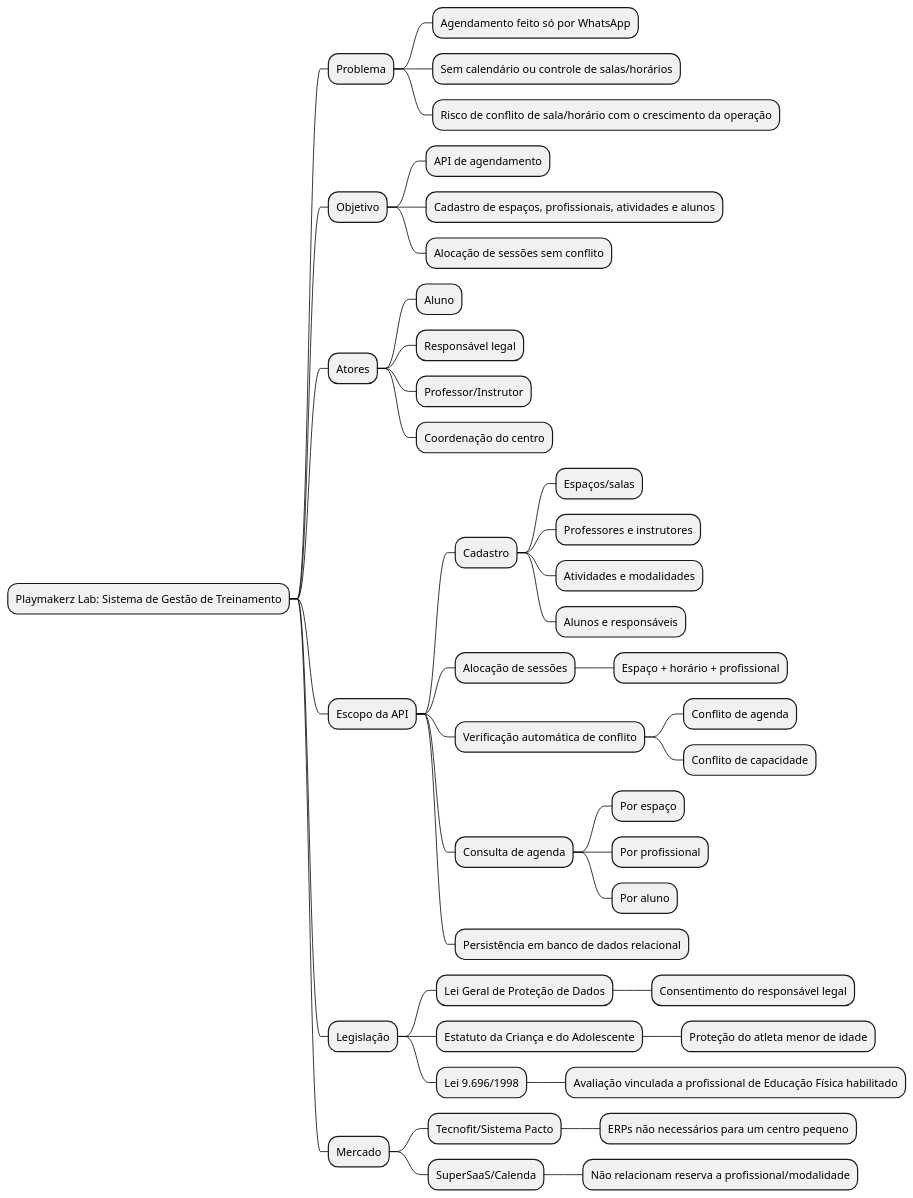
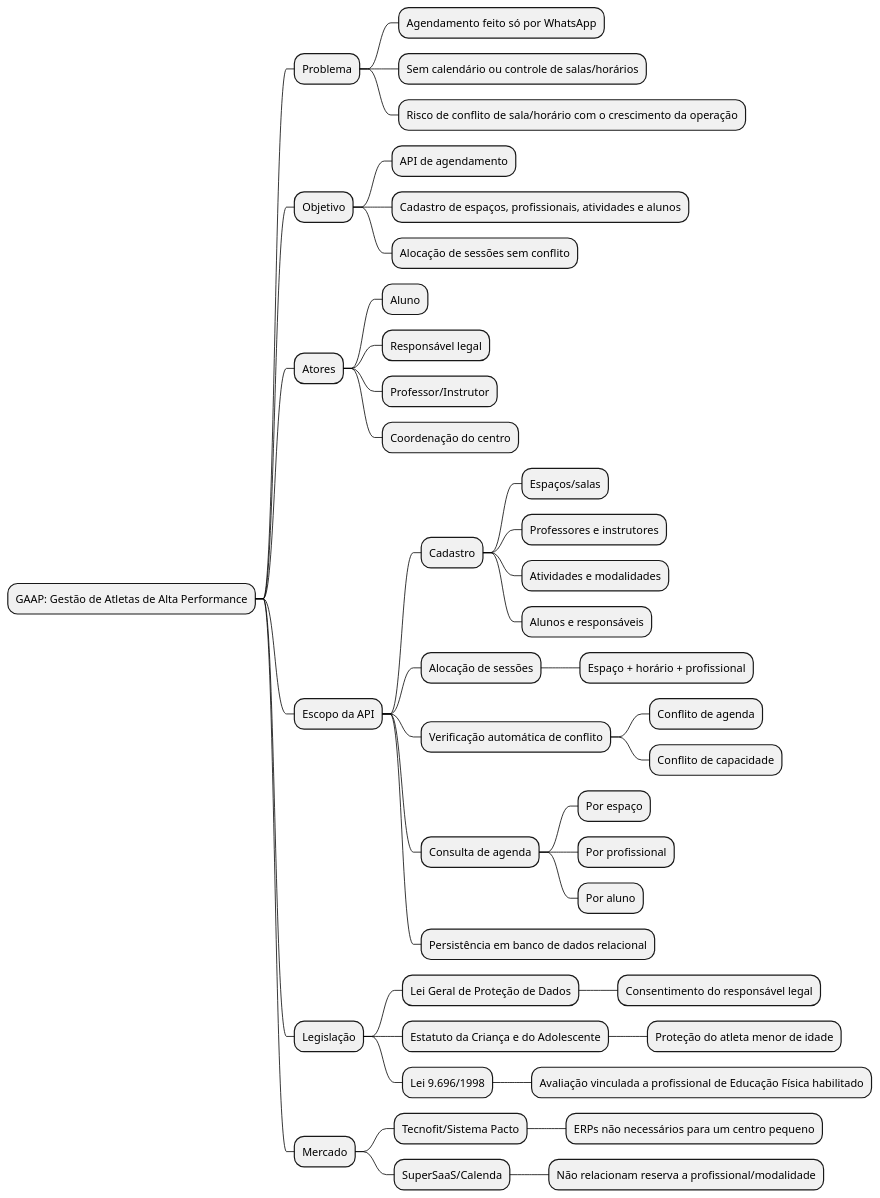
Before and after one commit to Projetos-de-Extensao/PECDII_26.2_8001_I: the first of 2 diagrams in docs/Iniciacao/mapa_mental.md, drawn with PlantUML. The commit also changed other lines of this file and 13 other files, not shown here.

````diff
--- a/docs/Iniciacao/mapa_mental.md
+++ b/docs/Iniciacao/mapa_mental.md
@@ -22,50 +22,50 @@
 ```plantuml
-@startmindmap pkz_lab_mapa_mental
+@startmindmap gaap_mapa_mental
 skinparam monochrome true
 skinparam ArrowColor #000000
 skinparam NodeFontSize 14
 
-* Playmakerz Lab: Sistema de Gestão de Treinamento
+* GAAP: Gestão de Atletas de Alta Performance
 ** Problema
 *** Agendamento feito só por WhatsApp
 *** Sem calendário ou controle de salas/horários
 *** Risco de conflito de sala/horário com o crescimento da operação
 ** Objetivo
 *** API de agendamento
 *** Cadastro de espaços, profissionais, atividades e alunos
 *** Alocação de sessões sem conflito
 ** Atores
 *** Aluno
 *** Responsável legal
 *** Professor/Instrutor
 *** Coordenação do centro
 ** Escopo da API
 *** Cadastro
     **** Espaços/salas
     **** Professores e instrutores
     **** Atividades e modalidades
     **** Alunos e responsáveis
 *** Alocação de sessões
     **** Espaço + horário + profissional
 *** Verificação automática de conflito
     **** Conflito de agenda
     **** Conflito de capacidade
 *** Consulta de agenda
     **** Por espaço
     **** Por profissional
     **** Por aluno
 *** Persistência em banco de dados relacional
 ** Legislação
 *** Lei Geral de Proteção de Dados
     **** Consentimento do responsável legal
 *** Estatuto da Criança e do Adolescente
     **** Proteção do atleta menor de idade
 *** Lei 9.696/1998
     **** Avaliação vinculada a profissional de Educação Física habilitado
 ** Mercado
 *** Tecnofit/Sistema Pacto
     **** ERPs não necessários para um centro pequeno
 *** SuperSaaS/Calenda
     **** Não relacionam reserva a profissional/modalidade
 @endmindmap
 ```
````
